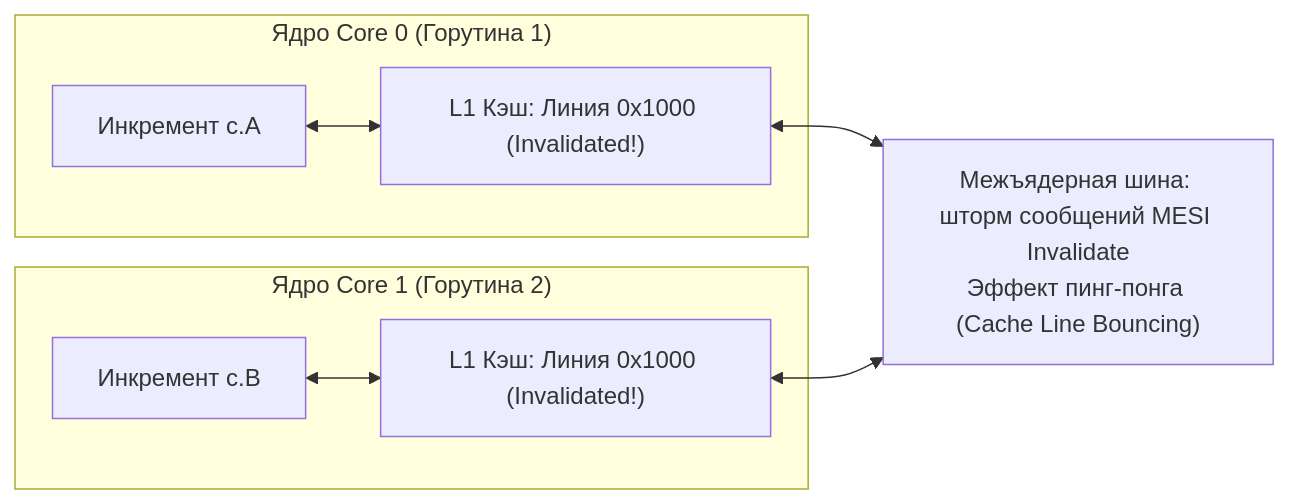
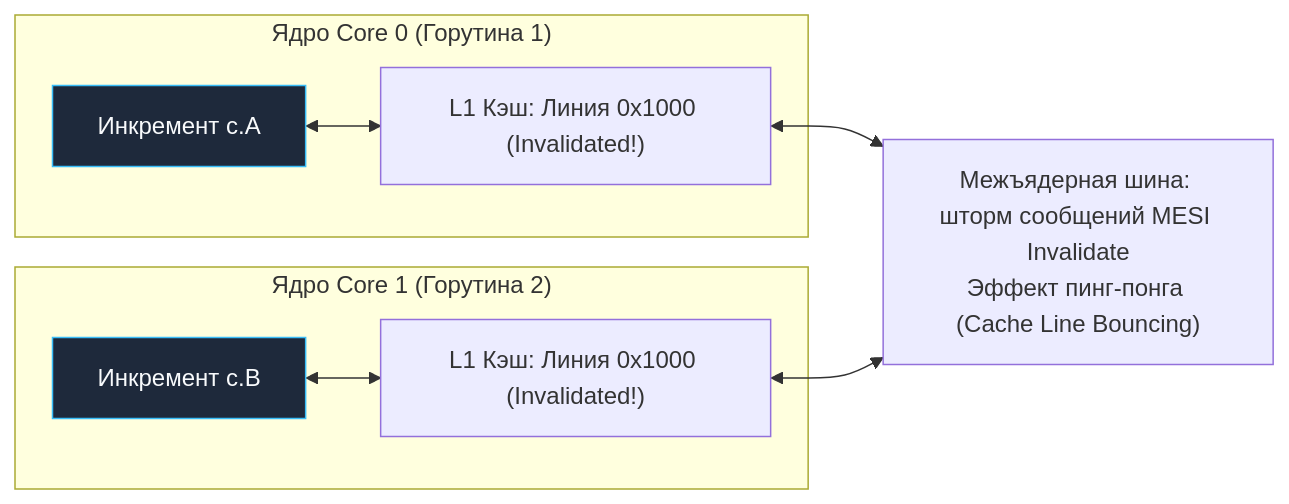
Before and after one commit to UnrealTemplier/go-textbook: the second of 3 diagrams in sources/16. Профилирование, отладка и производительность/01. Фундамент/5. Mechanical sympathy в backend разработке.md, drawn with Mermaid. The commit also changed other lines of this file and 1666 other files, not shown here.

First line of the commit message:
feat(mermaid): add semantic color classDef to 1369 colorless flowchart/graph diagrams

````diff
--- a/sources/16. Профилирование, отладка и производительность/01. Фундамент/5. Mechanical sympathy в backend разработке.md
+++ b/sources/16. Профилирование, отладка и производительность/01. Фундамент/5. Mechanical sympathy в backend разработке.md
@@ -116,19 +126,29 @@
 ```mermaid
 flowchart LR
+    classDef process  fill:#1e293b,stroke:#38bdf8,stroke-width:1px,color:#f8fafc
+    classDef success  fill:#064e3b,stroke:#34d399,stroke-width:1px,color:#f8fafc
+    classDef error    fill:#7f1d1d,stroke:#f87171,stroke-width:1px,color:#f8fafc
+    classDef warning  fill:#78350f,stroke:#fbbf24,stroke-width:1px,color:#f8fafc
+    classDef entry    fill:#1e3a5f,stroke:#38bdf8,stroke-width:2px,color:#f8fafc
+    classDef aux      fill:#334155,stroke:#64748b,stroke-width:1px,color:#f8fafc
+    classDef system   fill:#312e81,stroke:#a78bfa,stroke-width:1px,color:#f8fafc
+    classDef data     fill:#132d29,stroke:#2dd4bf,stroke-width:1px,color:#f8fafc
+    classDef network  fill:#881337,stroke:#fb7185,stroke-width:1px,color:#f8fafc
+    classDef accent   fill:#1e1b4b,stroke:#818cf8,stroke-width:1px,color:#f8fafc
     subgraph Core0["Ядро Core 0 (Горутина 1)"]
-        IncA["Инкремент c.A"]
+        IncA["Инкремент c.A"]:::process
         L1_0["L1 Кэш: Линия 0x1000 (Invalidated!)"]
     end
 
     subgraph Core1["Ядро Core 1 (Горутина 2)"]
-        IncB["Инкремент c.B"]
+        IncB["Инкремент c.B"]:::process
         L1_1["L1 Кэш: Линия 0x1000 (Invalidated!)"]
     end
 
     Interconnect["Межъядерная шина: шторм сообщений MESI Invalidate<br>Эффект пинг-понга (Cache Line Bouncing)"]
 
     IncA <--> L1_0
     IncB <--> L1_1
     L1_0 <--> Interconnect
     L1_1 <--> Interconnect
 ```
````
